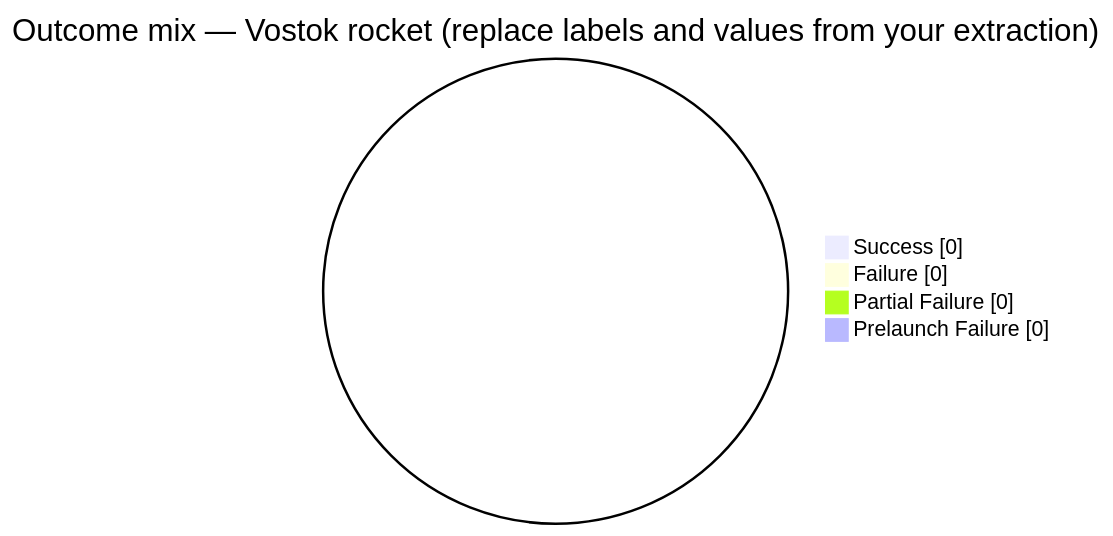
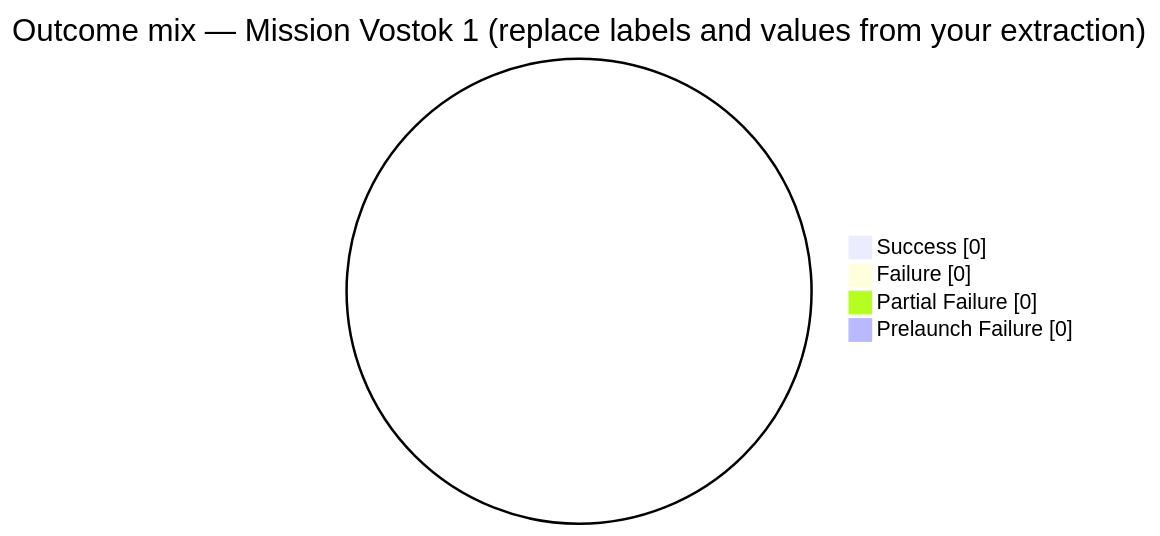
One commit to AntonRyzhkou1988/prompt-engineering changed the diagram in questions/question_space_missions_extraction_pie.md. Above: the diagram before and after it, drawn with Mermaid. The commit also changed other lines of this file and 7 other files, not shown here.

````diff
--- a/questions/question_space_missions_extraction_pie.md
+++ b/questions/question_space_missions_extraction_pie.md
@@ -24,8 +24,8 @@
 ```mermaid
 pie showData
-    title Outcome mix — Vostok rocket (replace labels and values from your extraction)
+    title Outcome mix — Mission Vostok 1 (replace labels and values from your extraction)
     "Success" : 0
     "Failure" : 0
     "Partial Failure" : 0
     "Prelaunch Failure" : 0
 ```
````
